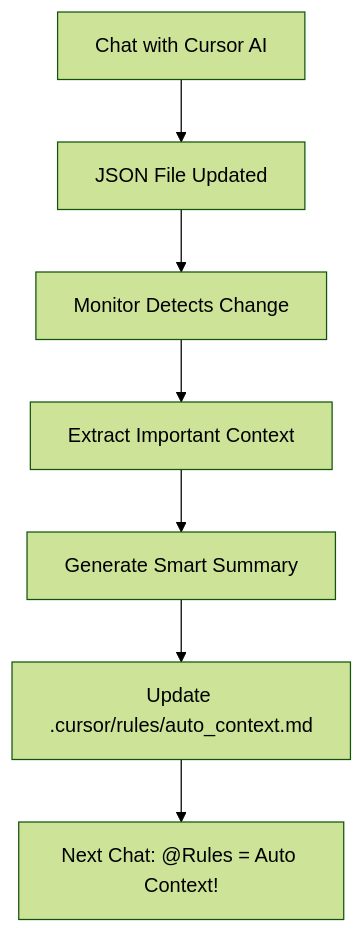
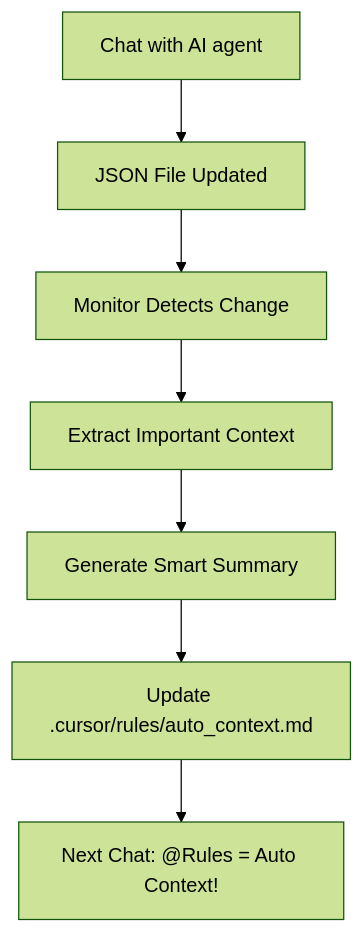
The diagram in docs/user-guides/SMART_CONTEXT_BRIDGE_GUIDE.md (alidurmus/collective-memory), drawn with Mermaid (forest theme) before and after one commit. The commit also changed other lines of this file and 14 other files, not shown here.

````diff
--- a/docs/user-guides/SMART_CONTEXT_BRIDGE_GUIDE.md
+++ b/docs/user-guides/SMART_CONTEXT_BRIDGE_GUIDE.md
@@ -60,9 +60,9 @@
 ```mermaid
 graph TD
-    A[Chat with Cursor AI] --> B[JSON File Updated]
+    A[Chat with AI agent] --> B[JSON File Updated]
     B --> C[Monitor Detects Change]
     C --> D[Extract Important Context]
     D --> E[Generate Smart Summary]
     E --> F[Update .cursor/rules/auto_context.md]
     F --> G[Next Chat: @Rules = Auto Context!]
 ```
````
